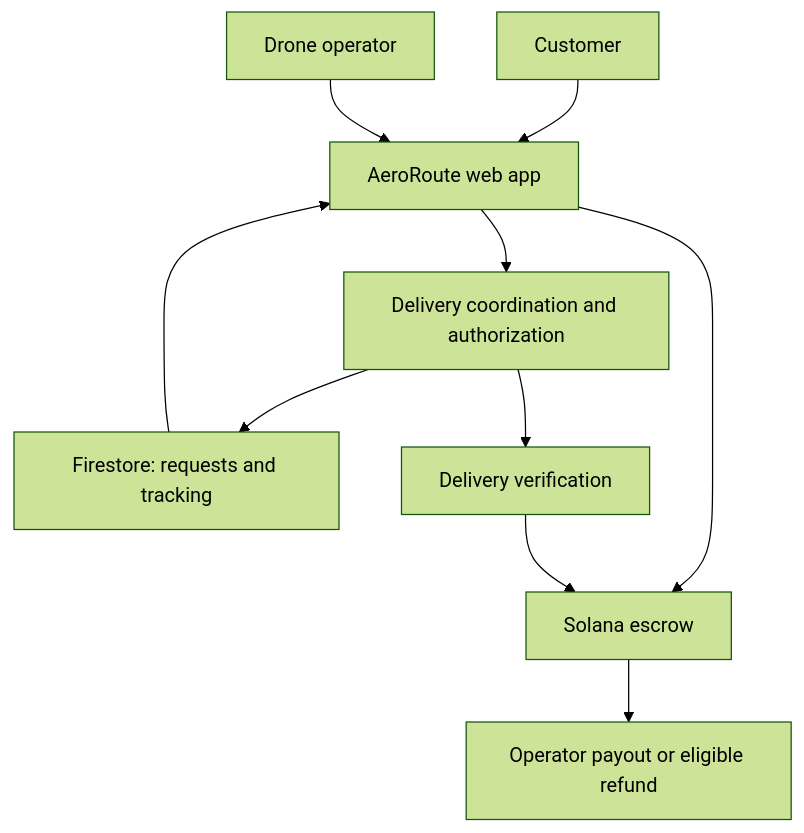
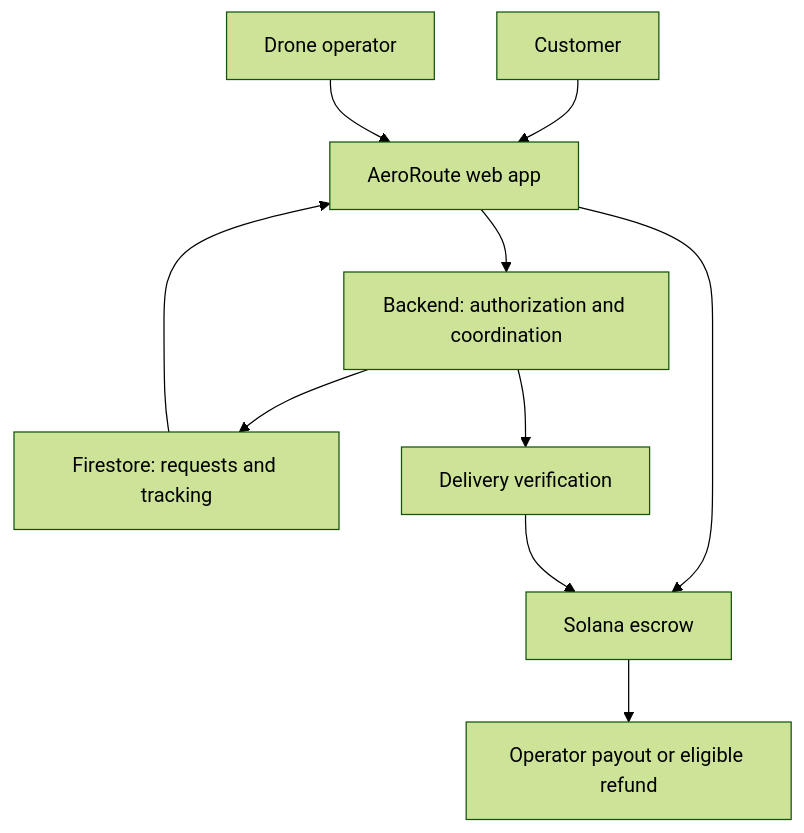
The diagram in README.md (vcffff/AeroRoute), drawn with Mermaid (forest theme) before and after one commit. The commit also changed other lines of this file, not shown here.

````diff
--- a/README.md
+++ b/README.md
@@ -53,12 +111,12 @@
 ```mermaid
 flowchart TD
     C["Customer"] --> W["AeroRoute web app"]
     O["Drone operator"] --> W
-    W --> B["Delivery coordination and authorization"]
+    W --> B["Backend: authorization and coordination"]
     B --> F["Firestore: requests and tracking"]
     F --> W
     B --> V["Delivery verification"]
     W --> S["Solana escrow"]
     V --> S
     S --> P["Operator payout or eligible refund"]
 ```
````
